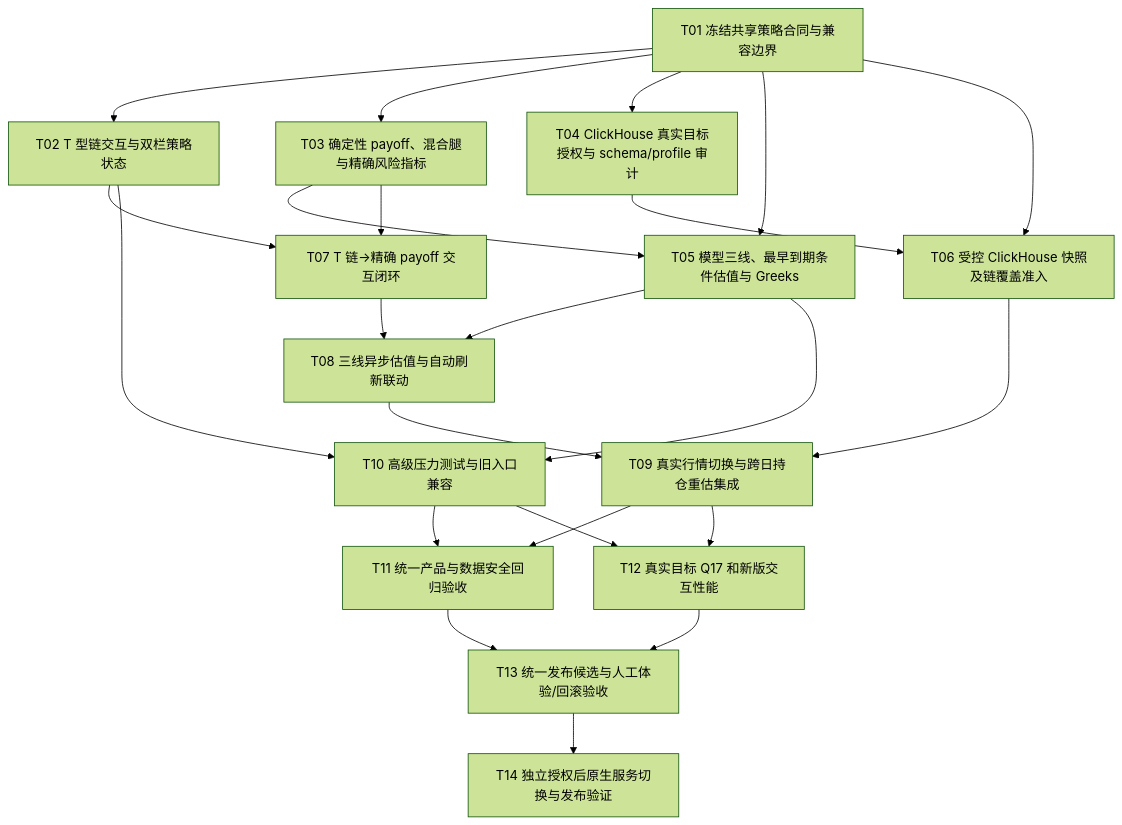
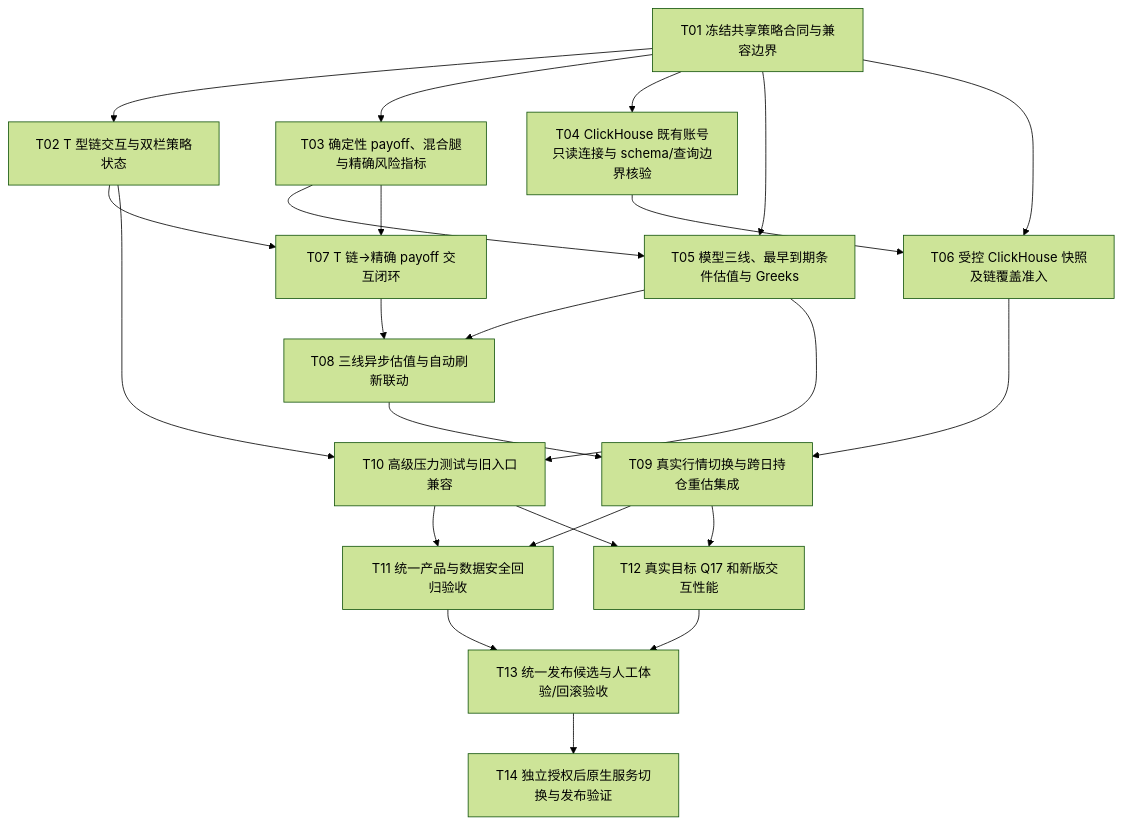
Before and after one commit to jieyujing/optionmaster: the diagram in docs/m1-d12-strategy-builder-dag.md, drawn with Mermaid (forest theme). The commit also changed other lines of this file and 154 other files, not shown here.

````diff
--- a/docs/m1-d12-strategy-builder-dag.md
+++ b/docs/m1-d12-strategy-builder-dag.md
@@ -7,39 +11,39 @@
 ```mermaid
 flowchart TD
   T01["T01 冻结共享策略合同与兼容边界"]
   T02["T02 T 型链交互与双栏策略状态"]
   T03["T03 确定性 payoff、混合腿与精确风险指标"]
-  T04["T04 ClickHouse 真实目标授权与 schema/profile 审计"]
+  T04["T04 ClickHouse 既有账号只读连接与 schema/查询边界核验"]
   T05["T05 模型三线、最早到期条件估值与 Greeks"]
   T06["T06 受控 ClickHouse 快照及链覆盖准入"]
   T07["T07 T 链→精确 payoff 交互闭环"]
   T08["T08 三线异步估值与自动刷新联动"]
   T09["T09 真实行情切换与跨日持仓重估集成"]
   T10["T10 高级压力测试与旧入口兼容"]
   T11["T11 统一产品与数据安全回归验收"]
   T12["T12 真实目标 Q17 和新版交互性能"]
   T13["T13 统一发布候选与人工体验/回滚验收"]
   T14["T14 独立授权后原生服务切换与发布验证"]
   T01 --> T02
   T01 --> T03
   T01 --> T04
   T01 --> T05
   T03 --> T05
   T01 --> T06
   T04 --> T06
   T02 --> T07
   T03 --> T07
   T05 --> T08
   T07 --> T08
   T06 --> T09
   T08 --> T09
   T02 --> T10
   T05 --> T10
   T09 --> T11
   T10 --> T11
   T09 --> T12
   T10 --> T12
   T11 --> T13
   T12 --> T13
   T13 --> T14
 ```
````
